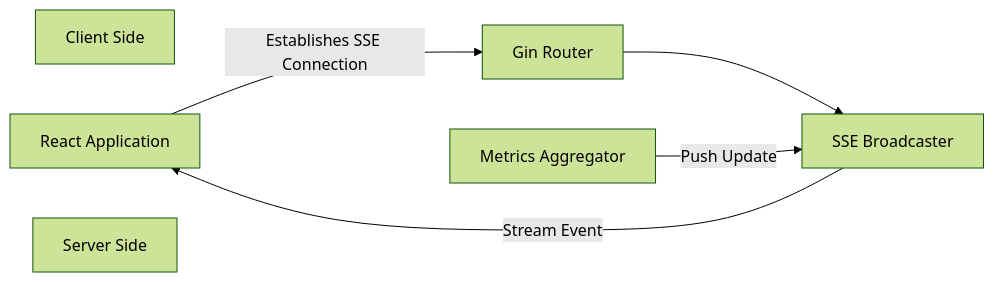
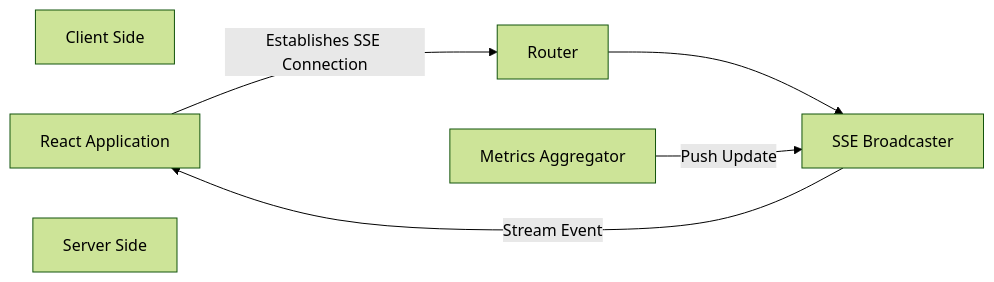
Before and after one commit to rahulkumarparida/roxkv: the fourth of 4 diagrams in README.md, drawn with Mermaid (forest theme). The commit also changed other lines of this file and 16 other files, not shown here.

````diff
--- a/README.md
+++ b/README.md
@@ -169,15 +169,15 @@
 ```mermaid
 graph LR
     SubGraph1[Client Side]
     React[React Application]
     
     SubGraph2[Server Side]
-    Gin[Gin Router]
+    Gin[Router]
     SSEHandler[SSE Broadcaster]
     Metrics[Metrics Aggregator]
     
     React -->|Establishes SSE Connection| Gin
     Gin --> SSEHandler
     Metrics -->|Push Update| SSEHandler
     SSEHandler -->|Stream Event| React
 ```
````
